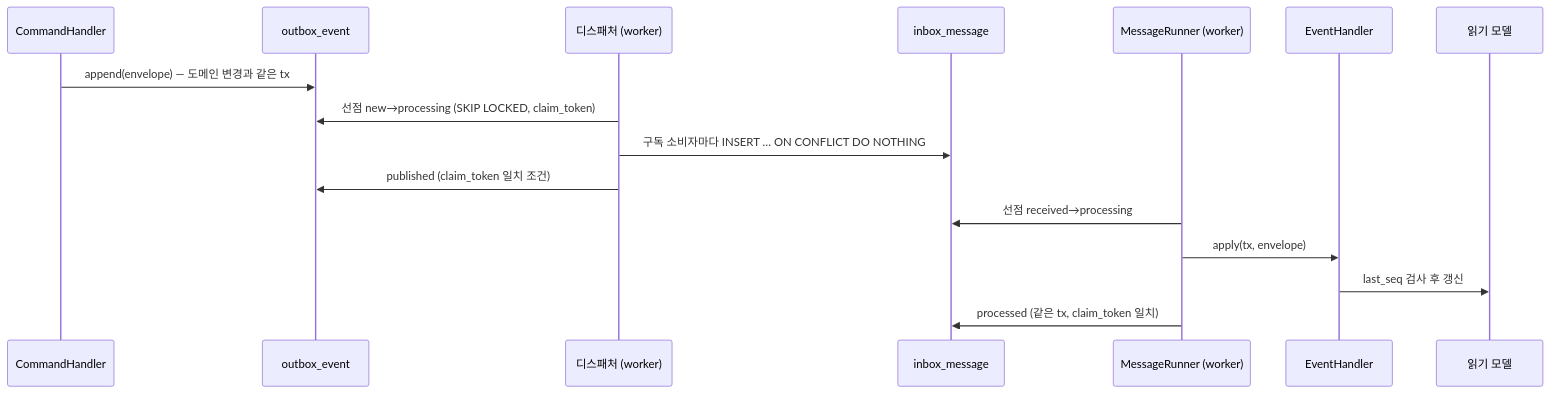
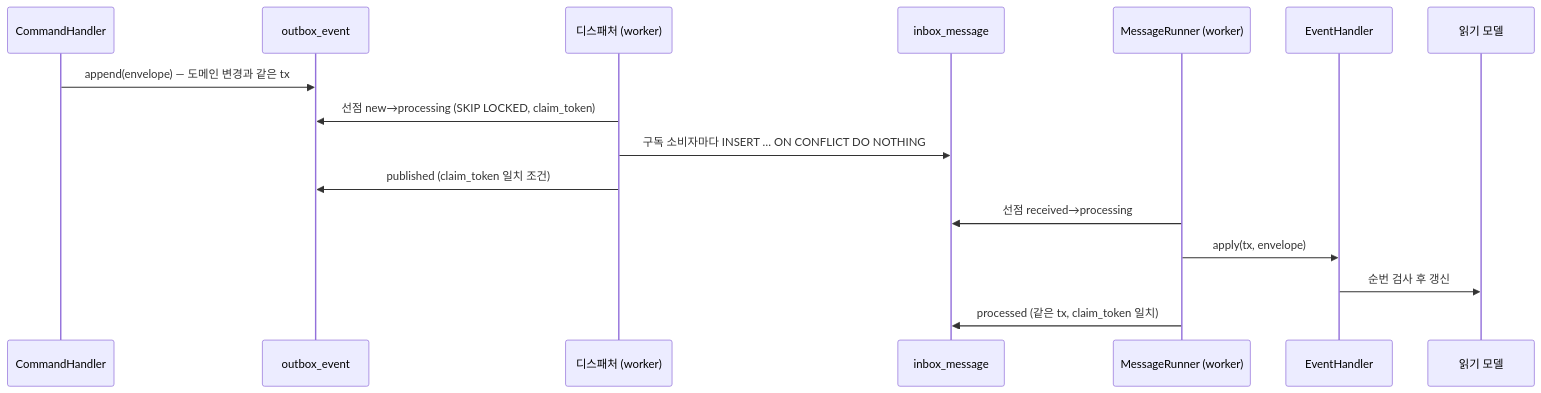
The fourth of 6 diagrams in docs/design/05-event-catalog.md (1985jwlee/portpolio_backend), drawn with Mermaid before and after one commit. The commit also changed other lines of this file and 25 other files, not shown here.

````diff
--- a/docs/design/05-event-catalog.md
+++ b/docs/design/05-event-catalog.md
@@ -172,18 +173,18 @@
 ```mermaid
 sequenceDiagram
     participant U as CommandHandler
     participant O as outbox_event
     participant D as 디스패처 (worker)
     participant X as inbox_message
     participant R as MessageRunner (worker)
     participant H as EventHandler
     participant V as 읽기 모델
     U->>O: append(envelope) — 도메인 변경과 같은 tx
     D->>O: 선점 new→processing (SKIP LOCKED, claim_token)
     D->>X: 구독 소비자마다 INSERT … ON CONFLICT DO NOTHING
     D->>O: published (claim_token 일치 조건)
     R->>X: 선점 received→processing
     R->>H: apply(tx, envelope)
-    H->>V: last_seq 검사 후 갱신
+    H->>V: 순번 검사 후 갱신
     R->>X: processed (같은 tx, claim_token 일치)
 ```
````
